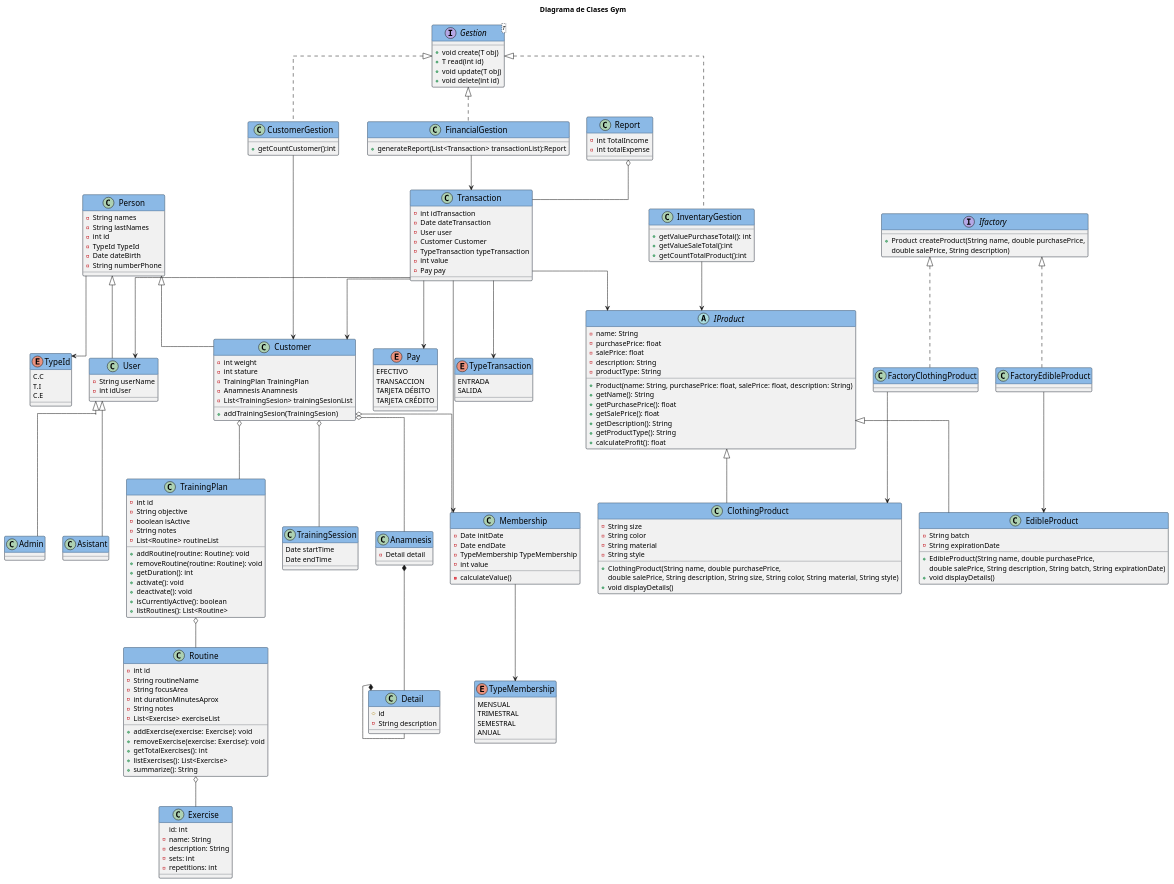
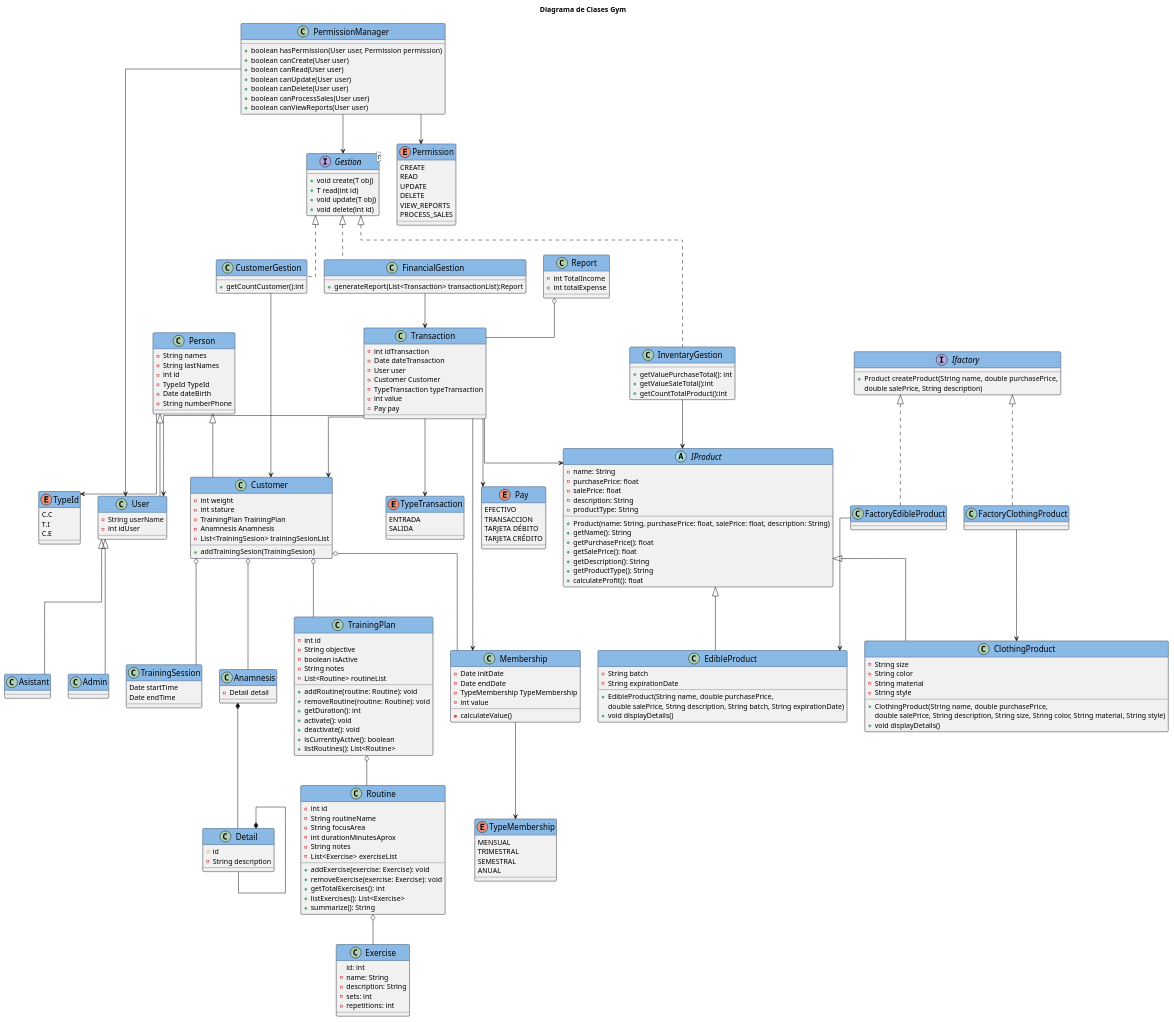
The diagram in modelos/clases.puml (brayanfu038/GymRepository), drawn with PlantUML before and after one commit. The commit also changed 1 other file, not shown here.

Commit message:
Agregando Gestion de permisos

```diff
--- a/modelos/clases.puml
+++ b/modelos/clases.puml
@@ -20,7 +20,23 @@
     T.I
     C.E
 }
-
+enum Permission {
+    CREATE
+    READ
+    UPDATE
+    DELETE
+    VIEW_REPORTS
+    PROCESS_SALES
+}
+class PermissionManager {
+    +boolean hasPermission(User user, Permission permission)
+    +boolean canCreate(User user)
+    +boolean canRead(User user)
+    +boolean canUpdate(User user)
+    +boolean canDelete(User user)
+    +boolean canProcessSales(User user)
+    +boolean canViewReports(User user)
+}
 class Customer{
     -int weight
     -int stature
@@ -228,6 +244,10 @@
 Transaction --> Pay
 Transaction --> TypeTransaction
 
+PermissionManager --> Permission
+PermissionManager --> User
+PermissionManager --> Gestion
+
 
 
 
```
